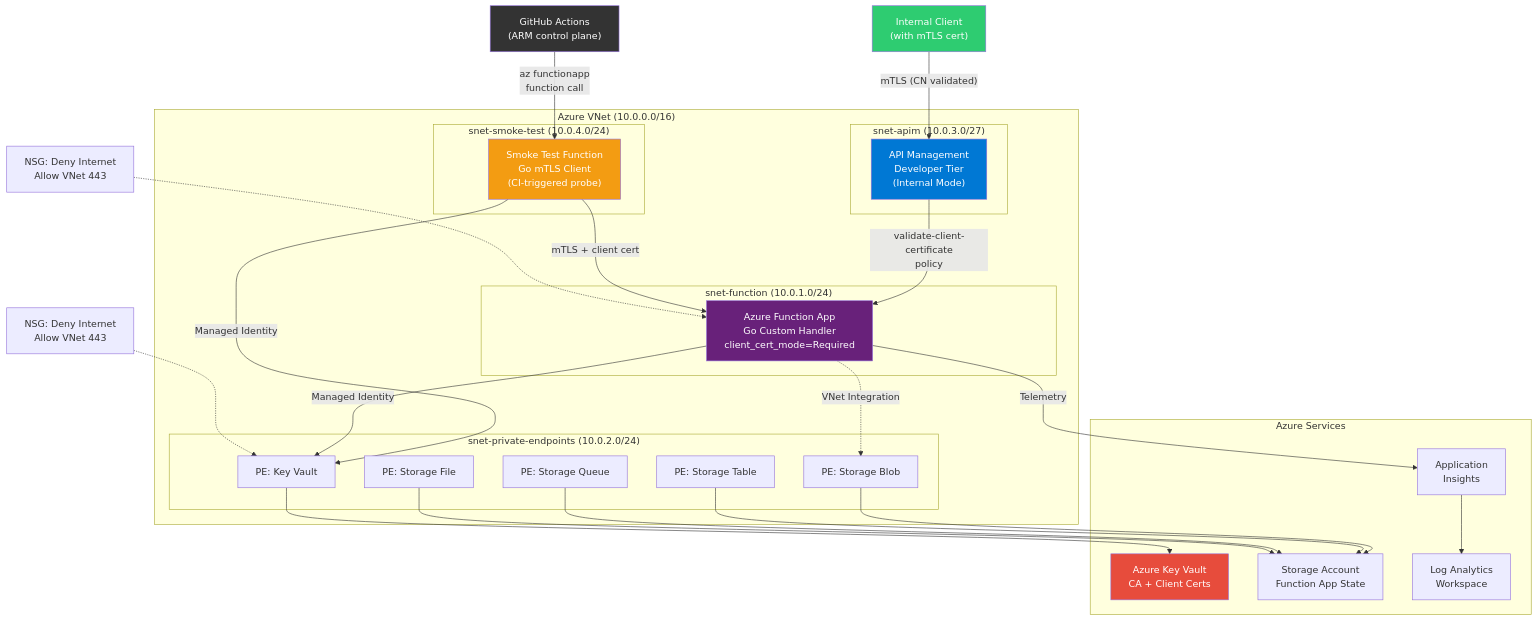
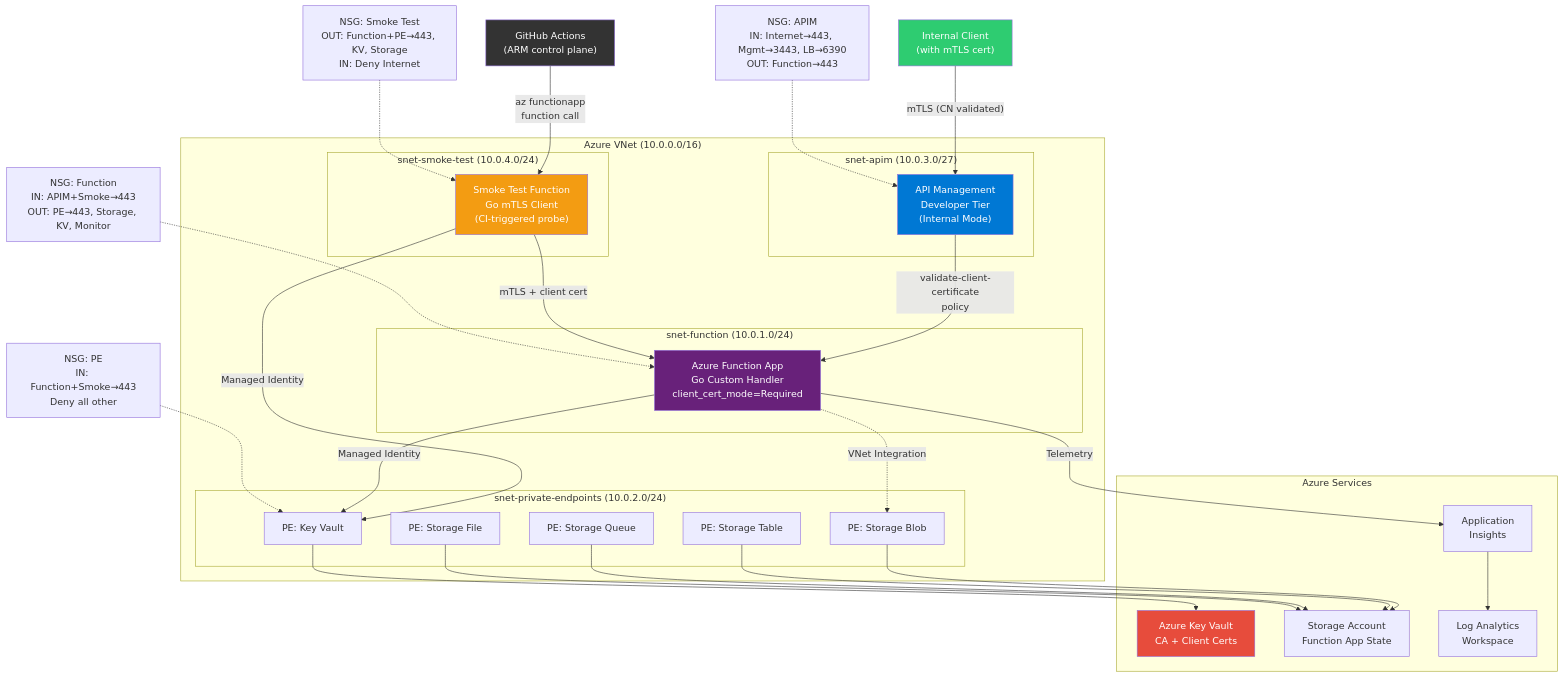
The diagram in README.md (ko5tas/checkout.com_interview), drawn with Mermaid before and after one commit. The commit also changed other lines of this file and 10 other files, not shown here.

````diff
--- a/README.md
+++ b/README.md
@@ -7,56 +7,58 @@
 ```mermaid
 graph TB
     subgraph "Azure VNet (10.0.0.0/16)"
         subgraph "snet-apim (10.0.3.0/27)"
             APIM["API Management<br/>Developer Tier<br/>(Internal Mode)"]
         end
 
         subgraph "snet-function (10.0.1.0/24)"
             FUNC["Azure Function App<br/>Go Custom Handler<br/>client_cert_mode=Required"]
         end
 
         subgraph "snet-smoke-test (10.0.4.0/24)"
             SMOKE["Smoke Test Function<br/>Go mTLS Client<br/>(CI-triggered probe)"]
         end
 
         subgraph "snet-private-endpoints (10.0.2.0/24)"
             PE_KV["PE: Key Vault"]
             PE_BLOB["PE: Storage Blob"]
             PE_TABLE["PE: Storage Table"]
             PE_QUEUE["PE: Storage Queue"]
             PE_FILE["PE: Storage File"]
         end
     end
 
     subgraph "Azure Services"
         KV["Azure Key Vault<br/>CA + Client Certs"]
         ST["Storage Account<br/>Function App State"]
         LAW["Log Analytics<br/>Workspace"]
         AI["Application<br/>Insights"]
     end
 
     CLIENT["Internal Client<br/>(with mTLS cert)"] -->|"mTLS (CN validated)"| APIM
     APIM -->|"validate-client-certificate<br/>policy"| FUNC
     SMOKE -->|"mTLS + client cert"| FUNC
     SMOKE -->|"Managed Identity"| PE_KV
     GH["GitHub Actions<br/>(ARM control plane)"] -->|"az functionapp<br/>function call"| SMOKE
     FUNC -->|"Managed Identity"| PE_KV
     FUNC -.->|"VNet Integration"| PE_BLOB
     PE_KV --> KV
     PE_BLOB --> ST
     PE_TABLE --> ST
     PE_QUEUE --> ST
     PE_FILE --> ST
     FUNC -->|"Telemetry"| AI
     AI --> LAW
 
-    NSG_F["NSG: Deny Internet<br/>Allow VNet 443"] -.-> FUNC
-    NSG_PE["NSG: Deny Internet<br/>Allow VNet 443"] -.-> PE_KV
+    NSG_F["NSG: Function<br/>IN: APIM+Smoke→443<br/>OUT: PE→443, Storage, KV, Monitor"] -.-> FUNC
+    NSG_PE["NSG: PE<br/>IN: Function+Smoke→443<br/>Deny all other"] -.-> PE_KV
+    NSG_APIM["NSG: APIM<br/>IN: Internet→443, Mgmt→3443, LB→6390<br/>OUT: Function→443"] -.-> APIM
+    NSG_SM["NSG: Smoke Test<br/>OUT: Function+PE→443, KV, Storage<br/>IN: Deny Internet"] -.-> SMOKE
 
     style APIM fill:#0078d4,color:white
     style FUNC fill:#68217a,color:white
     style KV fill:#e74c3c,color:white
     style CLIENT fill:#2ecc71,color:white
     style SMOKE fill:#f39c12,color:white
     style GH fill:#333,color:white
 ```
````
